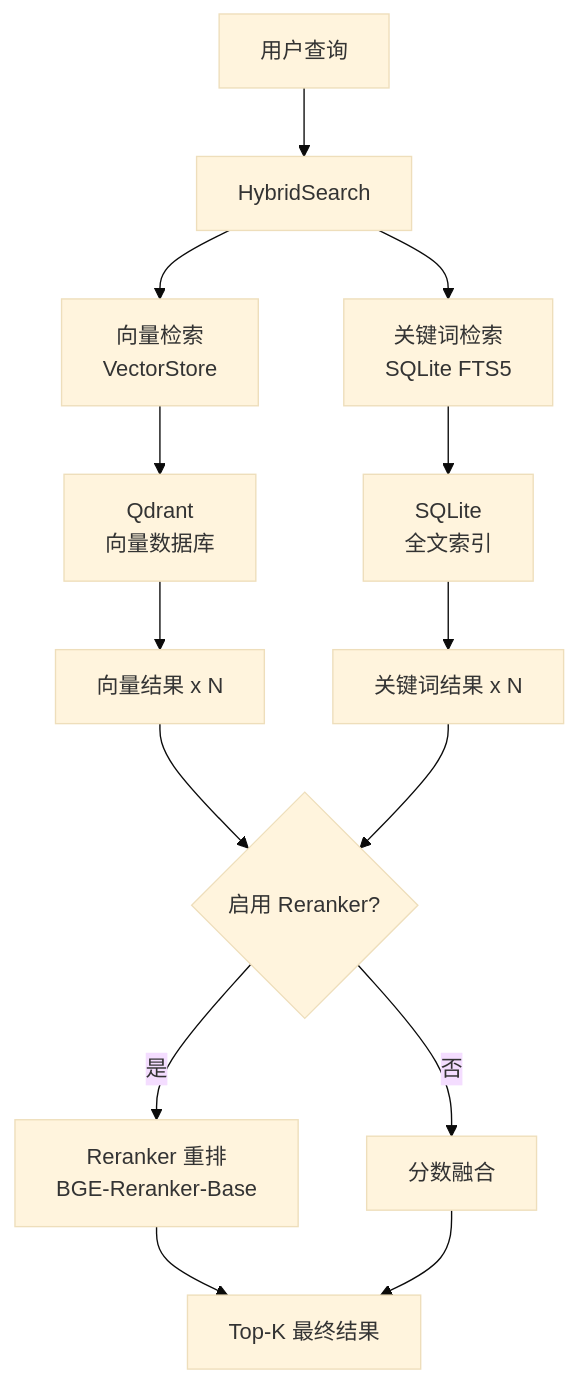
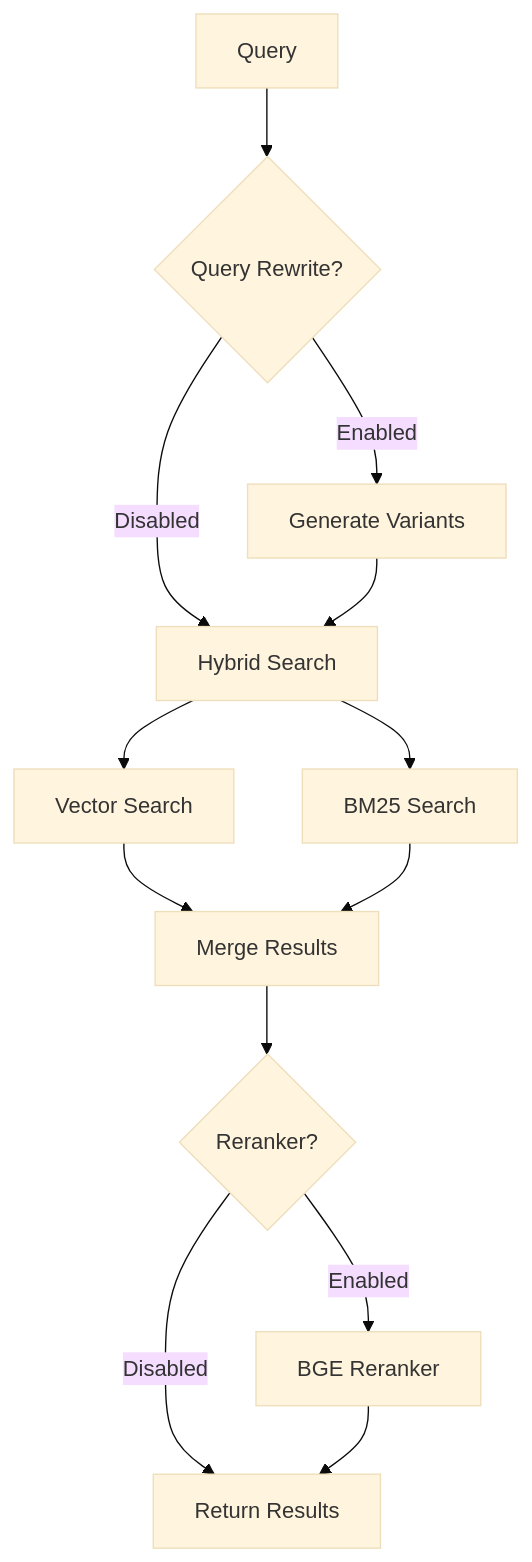
Before and after one commit to fengshao1227/woerk_rag: the diagram in retriever/CLAUDE.md, drawn with Mermaid (base theme). The commit also changed other lines of this file and 13 other files, not shown here.

````diff
--- a/retriever/CLAUDE.md
+++ b/retriever/CLAUDE.md
@@ -28,16 +23,15 @@
 ```mermaid
-graph TB
-    A[用户查询] --> B[HybridSearch]
-    B --> C[向量检索<br/>VectorStore]
-    B --> D[关键词检索<br/>SQLite FTS5]
-    C --> E[Qdrant<br/>向量数据库]
-    D --> F[SQLite<br/>全文索引]
-    E --> G[向量结果 x N]
-    F --> H[关键词结果 x N]
-    G --> I{启用 Reranker?}
-    H --> I
-    I -->|是| J[Reranker 重排<br/>BGE-Reranker-Base]
-    I -->|否| K[分数融合]
-    J --> L[Top-K 最终结果]
-    K --> L
+graph TD
+    Query --> Rewrite{Query Rewrite?}
+    Rewrite -->|Enabled| Variants[Generate Variants]
+    Rewrite -->|Disabled| Search
+    Variants --> Search[Hybrid Search]
+    Search --> Vector[Vector Search]
+    Search --> Keyword[BM25 Search]
+    Vector --> Merge[Merge Results]
+    Keyword --> Merge
+    Merge --> Rerank{Reranker?}
+    Rerank -->|Enabled| BGE[BGE Reranker]
+    Rerank -->|Disabled| Return
+    BGE --> Return[Return Results]
 ```
````
